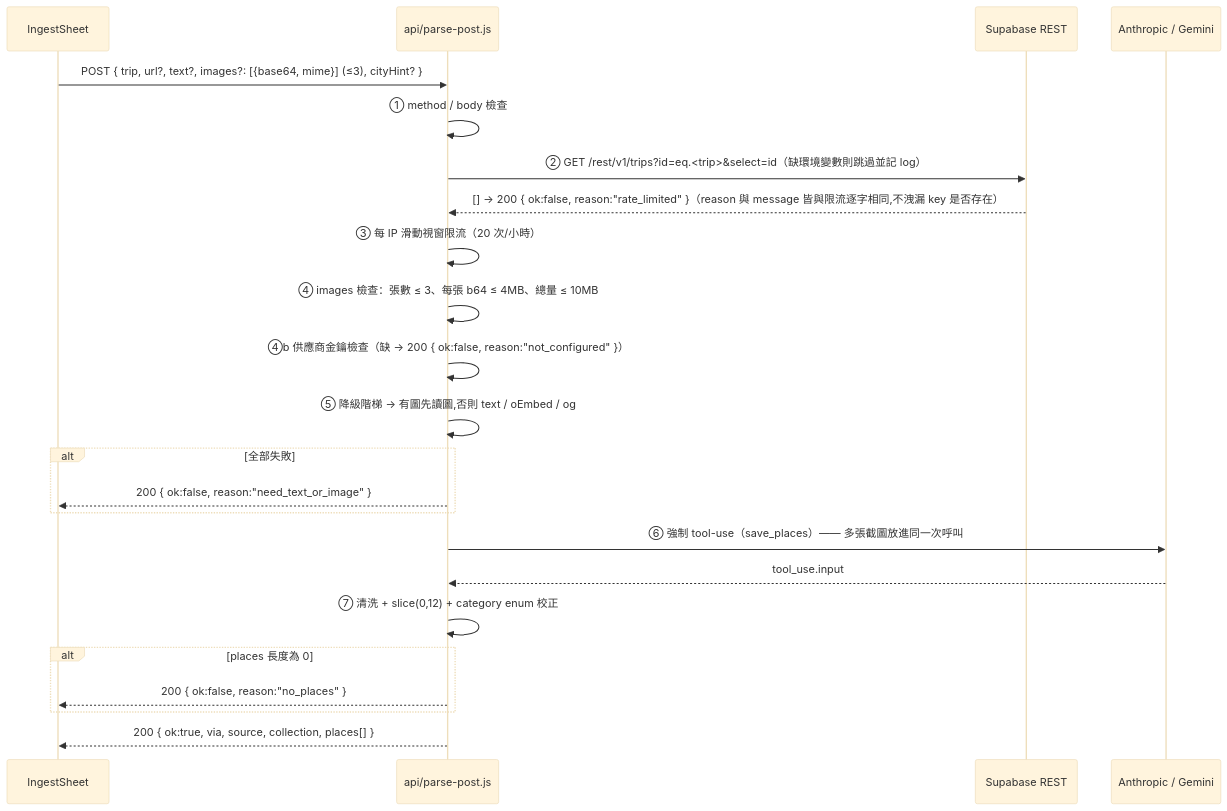
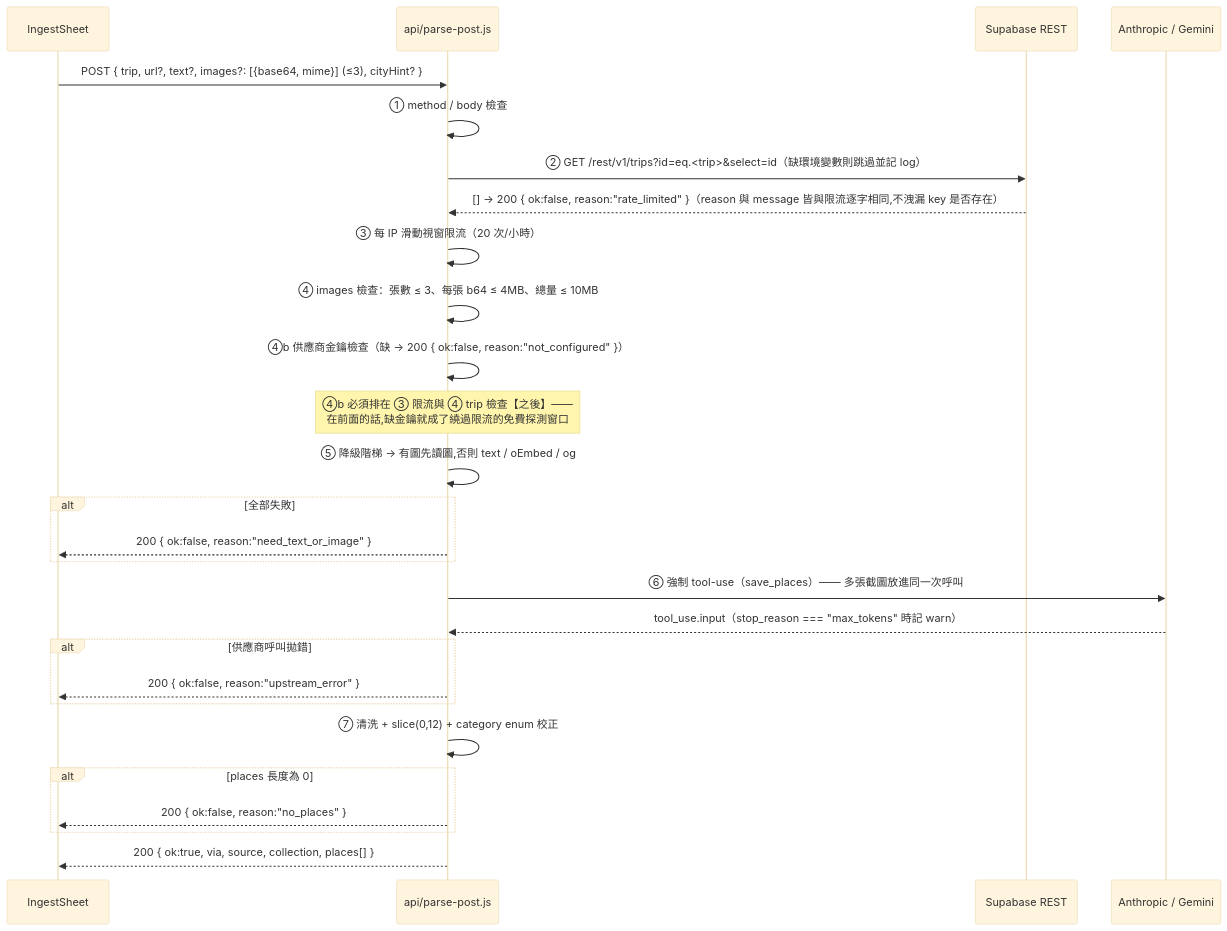
Before and after one commit to melody20021024/sakura-trip: the second of 2 diagrams in 03-DesignDocs/backend/parse-and-schema-v3.md, drawn with Mermaid (base theme). The commit also changed other lines of this file and 6 other files, not shown here.

First line of the commit message:
Resync the v3 design docs and split the upstream error code (#22)

````diff
--- a/03-DesignDocs/backend/parse-and-schema-v3.md
+++ b/03-DesignDocs/backend/parse-and-schema-v3.md
@@ -428,25 +443,29 @@
 ```mermaid
 sequenceDiagram
     participant UI as IngestSheet
     participant API as api/parse-post.js
     participant SB as Supabase REST
     participant LLM as Anthropic / Gemini
     UI->>API: POST { trip, url?, text?, images?: [{base64, mime}] (≤3), cityHint? }
     API->>API: ① method / body 檢查
     API->>SB: ② GET /rest/v1/trips?id=eq.<trip>&select=id（缺環境變數則跳過並記 log）
     SB-->>API: [] → 200 { ok:false, reason:"rate_limited" }（reason 與 message 皆與限流逐字相同,不洩漏 key 是否存在）
     API->>API: ③ 每 IP 滑動視窗限流（20 次/小時）
     API->>API: ④ images 檢查：張數 ≤ 3、每張 b64 ≤ 4MB、總量 ≤ 10MB
     API->>API: ④b 供應商金鑰檢查（缺 → 200 { ok:false, reason:"not_configured" }）
+    Note over API: ④b 必須排在 ③ 限流與 ④ trip 檢查【之後】——<br/>在前面的話,缺金鑰就成了繞過限流的免費探測窗口
     API->>API: ⑤ 降級階梯 → 有圖先讀圖,否則 text / oEmbed / og
     alt 全部失敗
         API-->>UI: 200 { ok:false, reason:"need_text_or_image" }
     end
     API->>LLM: ⑥ 強制 tool-use（save_places）—— 多張截圖放進同一次呼叫
-    LLM-->>API: tool_use.input
+    LLM-->>API: tool_use.input（stop_reason === "max_tokens" 時記 warn）
+    alt 供應商呼叫拋錯
+        API-->>UI: 200 { ok:false, reason:"upstream_error" }
+    end
     API->>API: ⑦ 清洗 + slice(0,12) + category enum 校正
     alt places 長度為 0
         API-->>UI: 200 { ok:false, reason:"no_places" }
     end
     API-->>UI: 200 { ok:true, via, source, collection, places[] }
 ```
````
